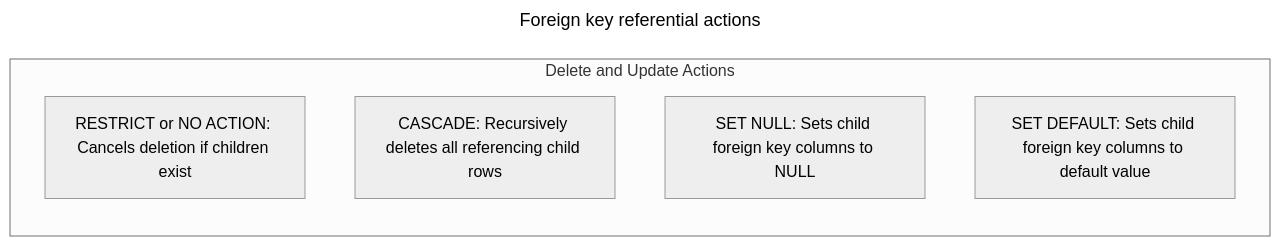
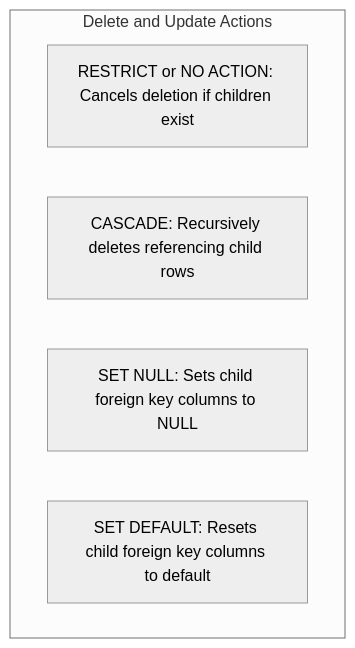
The diagram in content/sql/relational-model-concepts.md (VineethChivukula/dedocs), drawn with Mermaid (neutral theme) before and after one commit. The commit also changed other lines of this file and 26 other files, not shown here.

````diff
--- a/content/sql/relational-model-concepts.md
+++ b/content/sql/relational-model-concepts.md
@@ -224,13 +223,9 @@
 ```mermaid
----
-title: Foreign key referential actions
----
 flowchart TD
-    subgraph Actions ["Delete and Update Actions"]
-        direction TB
+    subgraph Actions["Delete and Update Actions"]
         R["RESTRICT or NO ACTION: Cancels deletion if children exist"]
-        C["CASCADE: Recursively deletes all referencing child rows"]
+        C["CASCADE: Recursively deletes referencing child rows"]
         SN["SET NULL: Sets child foreign key columns to NULL"]
-        SD["SET DEFAULT: Sets child foreign key columns to default value"]
+        SD["SET DEFAULT: Resets child foreign key columns to default"]
     end
 ```
````
